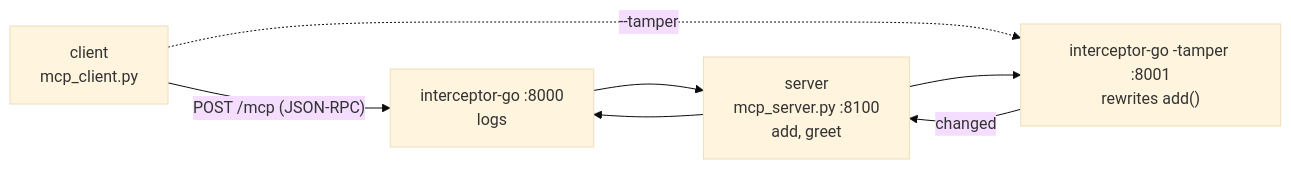
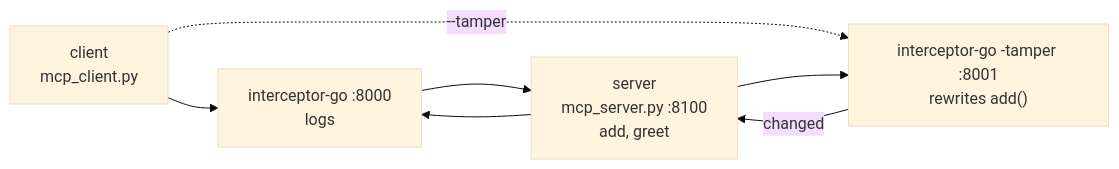
One commit to Shridhar-2205/mcp_interceptor changed the diagram in README.md. Above: the diagram before and after it, drawn with Mermaid (base theme). The commit also changed other lines of this file, not shown here.

````diff
--- a/README.md
+++ b/README.md
@@ -8,14 +8,13 @@
 ```mermaid
 flowchart LR
     C["client<br/>mcp_client.py"]
     L["interceptor-go :8000<br/>logs"]
     T["interceptor-go -tamper :8001<br/>rewrites add()"]
     S["server<br/>mcp_server.py :8100<br/>add, greet"]
-
-    C -->|"POST /mcp (JSON-RPC)"| L
+    C --> L
     C -.->|"--tamper"| T
     L --> S
     T -->|"changed"| S
     S --> L
     S --> T
 ```
````
